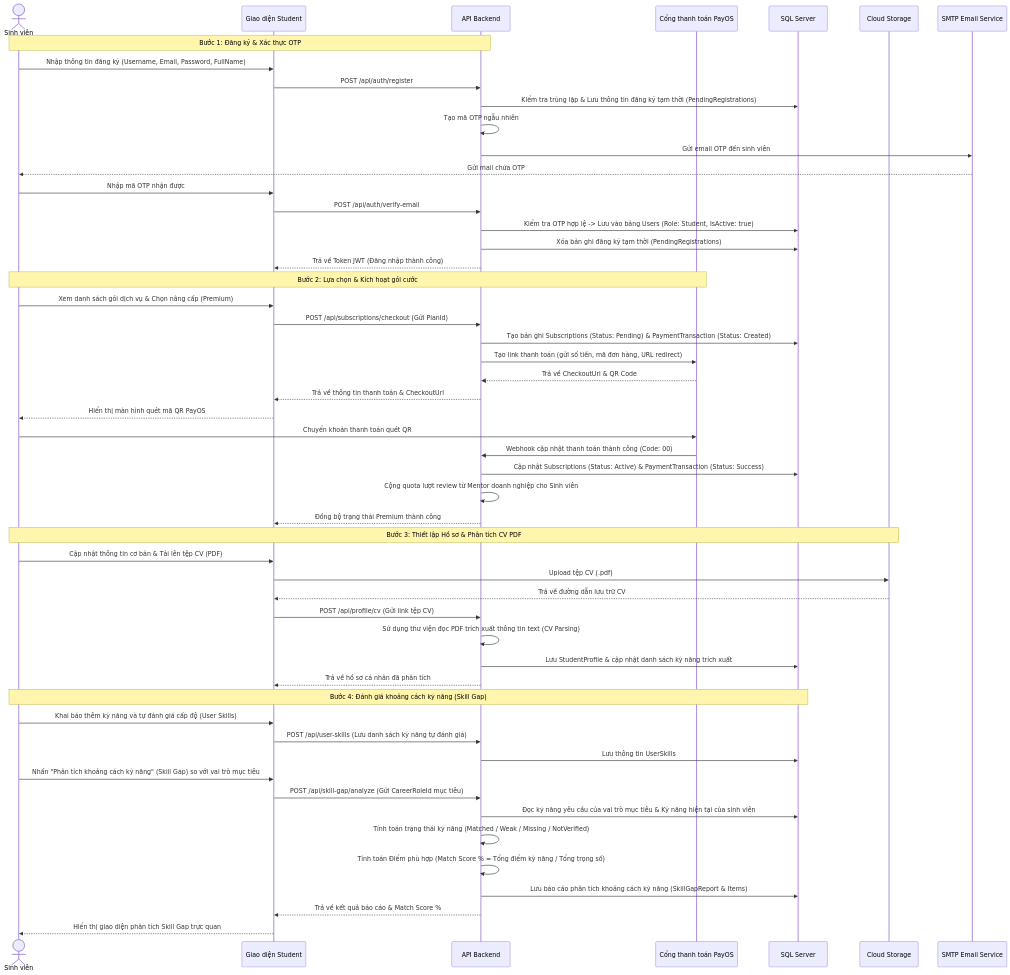
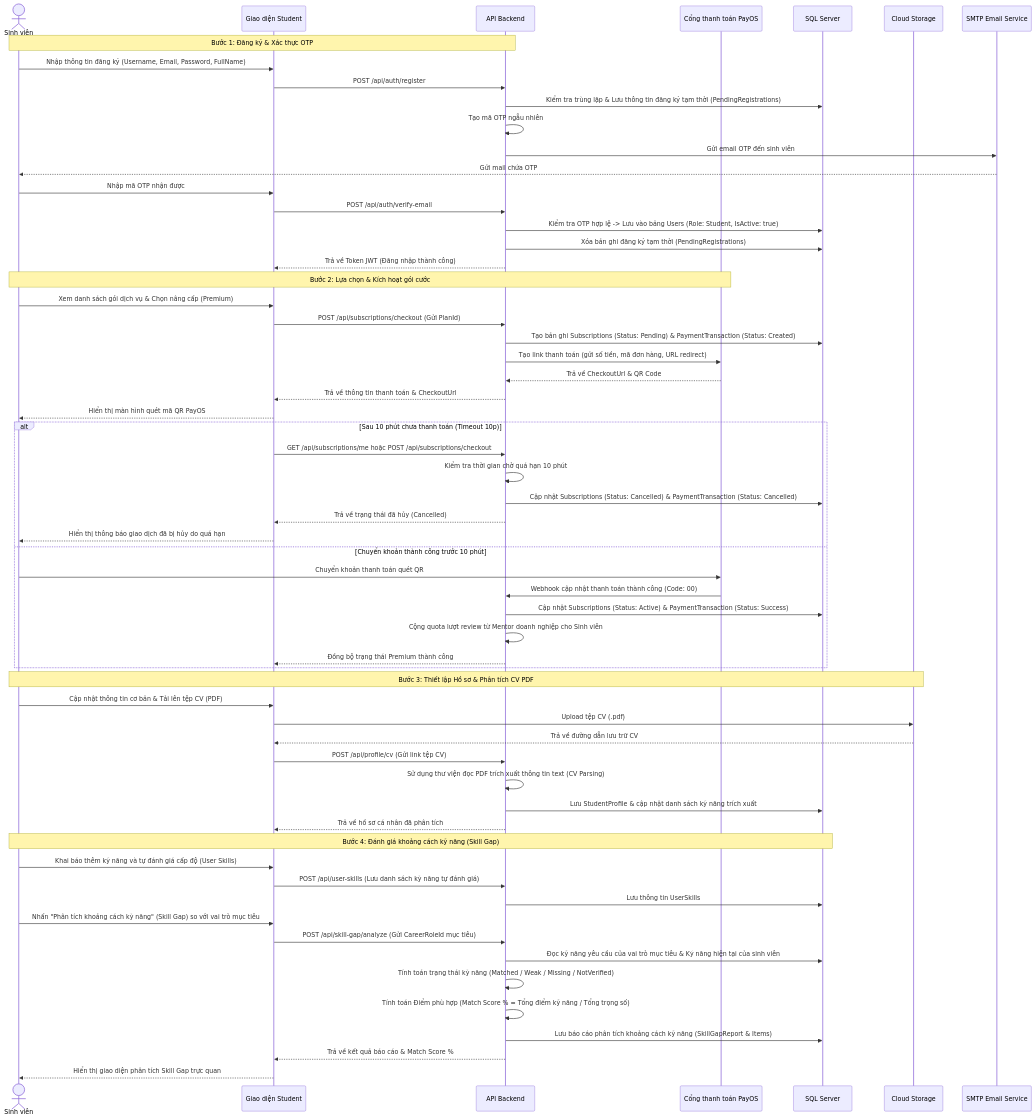
Before and after one commit to truong14042004/SWP-FE: the second of 6 diagrams in docs/CAREERMAP_SYSTEM_DESIGN.md, drawn with Mermaid. The commit also changed other lines of this file, not shown here.

Commit message:
docs: document the 10-minute payment timeout in CAREERMAP_SYSTEM_DESIGN.md

````diff
--- a/docs/CAREERMAP_SYSTEM_DESIGN.md
+++ b/docs/CAREERMAP_SYSTEM_DESIGN.md
@@ -98,59 +98,67 @@
 ```mermaid
 sequenceDiagram
     actor Student as Sinh viên
     participant FE as Giao diện Student
     participant BE as API Backend
     participant PayOS as Cổng thanh toán PayOS
     participant DB as SQL Server
     participant GCS as Cloud Storage
     participant SMTP as SMTP Email Service
 
     Note over Student, BE: Bước 1: Đăng ký & Xác thực OTP
     Student->>FE: Nhập thông tin đăng ký (Username, Email, Password, FullName)
     FE->>BE: POST /api/auth/register
     BE->>DB: Kiểm tra trùng lặp & Lưu thông tin đăng ký tạm thời (PendingRegistrations)
     BE->>BE: Tạo mã OTP ngẫu nhiên
     BE->>SMTP: Gửi email OTP đến sinh viên
     SMTP-->>Student: Gửi mail chứa OTP
     Student->>FE: Nhập mã OTP nhận được
     FE->>BE: POST /api/auth/verify-email
     BE->>DB: Kiểm tra OTP hợp lệ -> Lưu vào bảng Users (Role: Student, IsActive: true)
     BE->>DB: Xóa bản ghi đăng ký tạm thời (PendingRegistrations)
     BE-->>FE: Trả về Token JWT (Đăng nhập thành công)
 
     Note over Student, PayOS: Bước 2: Lựa chọn & Kích hoạt gói cước
     Student->>FE: Xem danh sách gói dịch vụ & Chọn nâng cấp (Premium)
     FE->>BE: POST /api/subscriptions/checkout (Gửi PlanId)
     BE->>DB: Tạo bản ghi Subscriptions (Status: Pending) & PaymentTransaction (Status: Created)
     BE->>PayOS: Tạo link thanh toán (gửi số tiền, mã đơn hàng, URL redirect)
     PayOS-->>BE: Trả về CheckoutUrl & QR Code
     BE-->>FE: Trả về thông tin thanh toán & CheckoutUrl
     FE-->>Student: Hiển thị màn hình quét mã QR PayOS
-    Student->>PayOS: Chuyển khoản thanh toán quét QR
-    PayOS->>BE: Webhook cập nhật thanh toán thành công (Code: 00)
-    BE->>DB: Cập nhật Subscriptions (Status: Active) & PaymentTransaction (Status: Success)
-    BE->>BE: Cộng quota lượt review từ Mentor doanh nghiệp cho Sinh viên
-    BE-->>FE: Đồng bộ trạng thái Premium thành công
+    alt Sau 10 phút chưa thanh toán (Timeout 10p)
+        FE->>BE: GET /api/subscriptions/me hoặc POST /api/subscriptions/checkout
+        BE->>BE: Kiểm tra thời gian chờ quá hạn 10 phút
+        BE->>DB: Cập nhật Subscriptions (Status: Cancelled) & PaymentTransaction (Status: Cancelled)
+        BE-->>FE: Trả về trạng thái đã hủy (Cancelled)
+        FE-->>Student: Hiển thị thông báo giao dịch đã bị hủy do quá hạn
+    else Chuyển khoản thành công trước 10 phút
+        Student->>PayOS: Chuyển khoản thanh toán quét QR
+        PayOS->>BE: Webhook cập nhật thanh toán thành công (Code: 00)
+        BE->>DB: Cập nhật Subscriptions (Status: Active) & PaymentTransaction (Status: Success)
+        BE->>BE: Cộng quota lượt review từ Mentor doanh nghiệp cho Sinh viên
+        BE-->>FE: Đồng bộ trạng thái Premium thành công
+    end
 
     Note over Student, GCS: Bước 3: Thiết lập Hồ sơ & Phân tích CV PDF
     Student->>FE: Cập nhật thông tin cơ bản & Tải lên tệp CV (PDF)
     FE->>GCS: Upload tệp CV (.pdf)
     GCS-->>FE: Trả về đường dẫn lưu trữ CV
     FE->>BE: POST /api/profile/cv (Gửi link tệp CV)
     BE->>BE: Sử dụng thư viện đọc PDF trích xuất thông tin text (CV Parsing)
     BE->>DB: Lưu StudentProfile & cập nhật danh sách kỹ năng trích xuất
     BE-->>FE: Trả về hồ sơ cá nhân đã phân tích
 
     Note over Student, DB: Bước 4: Đánh giá khoảng cách kỹ năng (Skill Gap)
     Student->>FE: Khai báo thêm kỹ năng và tự đánh giá cấp độ (User Skills)
     FE->>BE: POST /api/user-skills (Lưu danh sách kỹ năng tự đánh giá)
     BE->>DB: Lưu thông tin UserSkills
     Student->>FE: Nhấn "Phân tích khoảng cách kỹ năng" (Skill Gap) so với vai trò mục tiêu
     FE->>BE: POST /api/skill-gap/analyze (Gửi CareerRoleId mục tiêu)
     BE->>DB: Đọc kỹ năng yêu cầu của vai trò mục tiêu & Kỹ năng hiện tại của sinh viên
     BE->>BE: Tính toán trạng thái kỹ năng (Matched / Weak / Missing / NotVerified)
     BE->>BE: Tính toán Điểm phù hợp (Match Score % = Tổng điểm kỹ năng / Tổng trọng số)
     BE->>DB: Lưu báo cáo phân tích khoảng cách kỹ năng (SkillGapReport & Items)
     BE-->>FE: Trả về kết quả báo cáo & Match Score %
     FE-->>Student: Hiển thị giao diện phân tích Skill Gap trực quan
 ```
````
